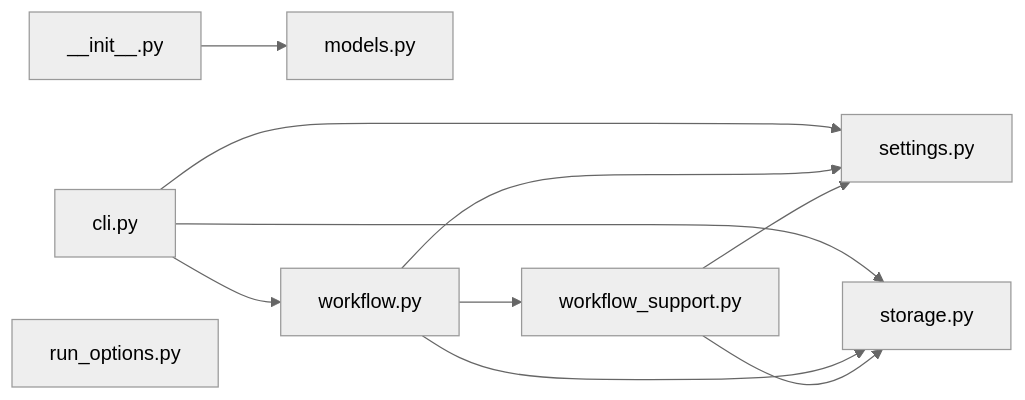
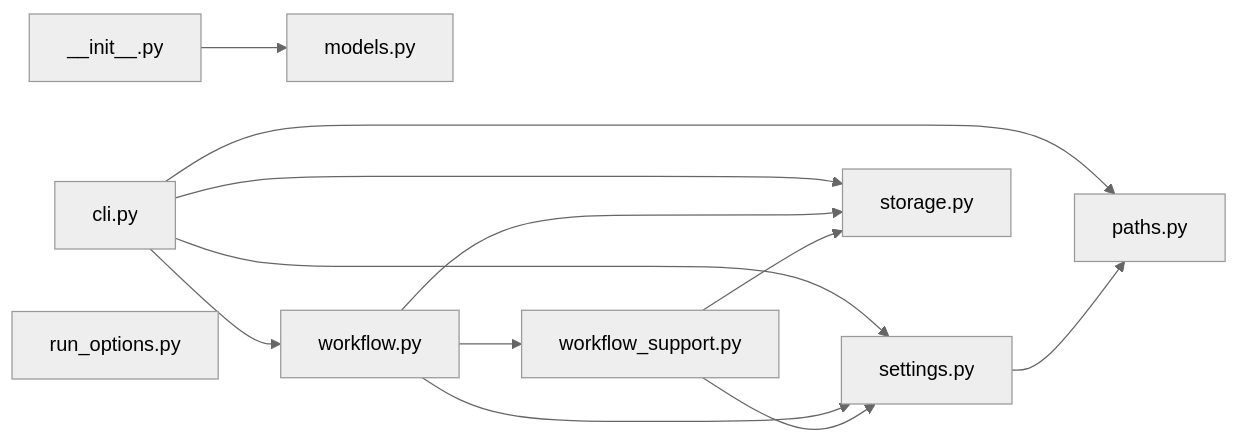
One commit to sarveshtalele/maf-harness-testing changed the fourth of 21 diagrams in docs/ARCHITECTURE_MAP.md. Above: the diagram before and after it, drawn with Mermaid (neutral theme). The commit also changed other lines of this file and 12 other files, not shown here.

````diff
--- a/docs/ARCHITECTURE_MAP.md
+++ b/docs/ARCHITECTURE_MAP.md
@@ -166,20 +168,23 @@
 ```mermaid
 flowchart LR
   f0["__init__.py"]
   f1["cli.py"]
   f2["models.py"]
-  f3["run_options.py"]
-  f4["settings.py"]
-  f5["storage.py"]
-  f6["workflow.py"]
-  f7["workflow_support.py"]
+  f3["paths.py"]
+  f4["run_options.py"]
+  f5["settings.py"]
+  f6["storage.py"]
+  f7["workflow.py"]
+  f8["workflow_support.py"]
   f0 --> f2
-  f1 --> f4
+  f1 --> f3
   f1 --> f5
   f1 --> f6
-  f6 --> f4
-  f6 --> f5
-  f6 --> f7
-  f7 --> f4
+  f1 --> f7
+  f5 --> f3
   f7 --> f5
+  f7 --> f6
+  f7 --> f8
+  f8 --> f5
+  f8 --> f6
 ```
````
